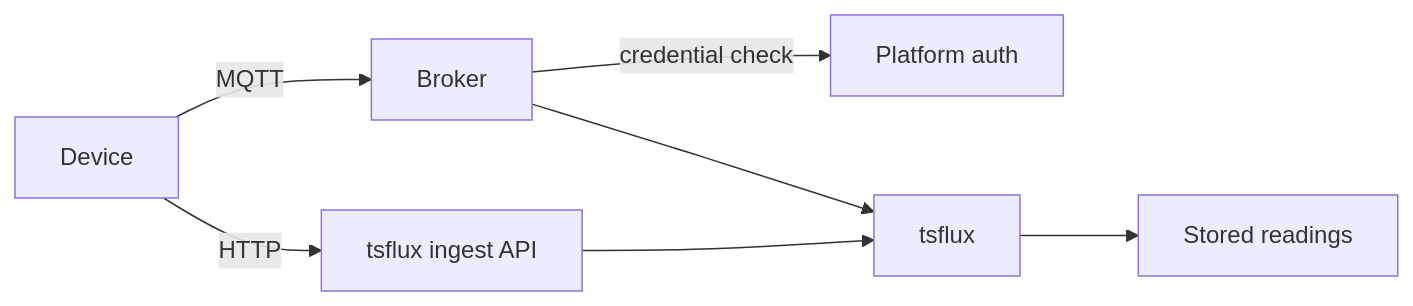
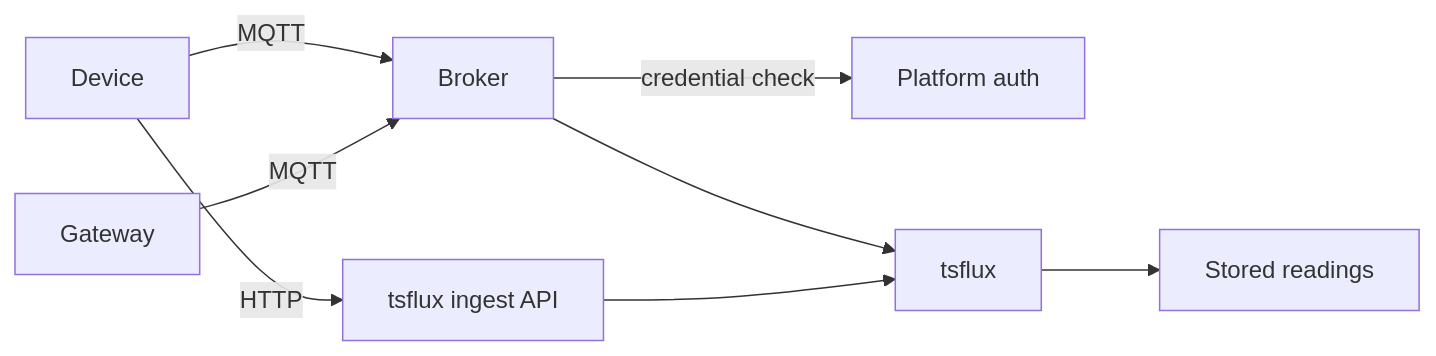
One commit to nimbit-platform/nimbit-docs changed the diagram in docs/connect/how-devices-connect.mdx. Above: the diagram before and after it, drawn with Mermaid. The commit also changed other lines of this file and 8 other files, not shown here.

````diff
--- a/docs/connect/how-devices-connect.mdx
+++ b/docs/connect/how-devices-connect.mdx
@@ -12,9 +12,10 @@
 ```mermaid
 flowchart LR
   D[Device] -- MQTT --> B[Broker]
+  G[Gateway] -- MQTT --> B
   D -- HTTP --> I[tsflux ingest API]
   B -- credential check --> A[Platform auth]
   B --> T[tsflux]
   I --> T
   T --> S[Stored readings]
 ```
````
